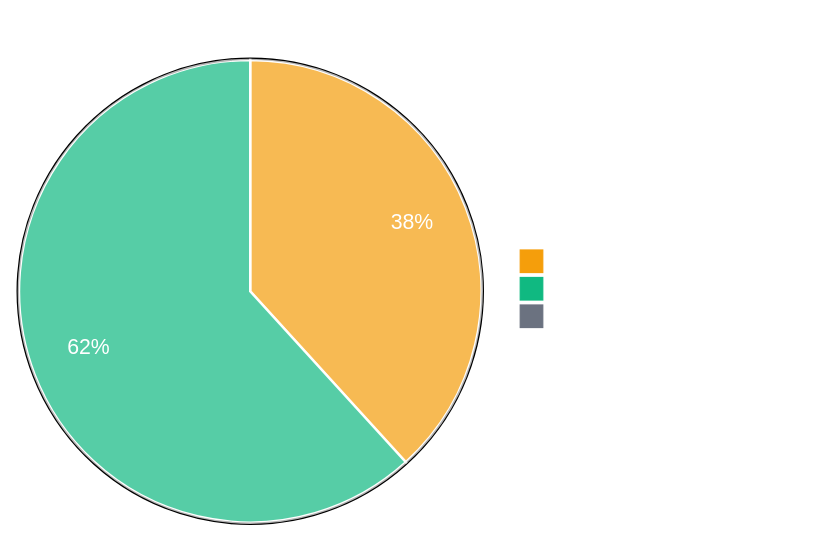
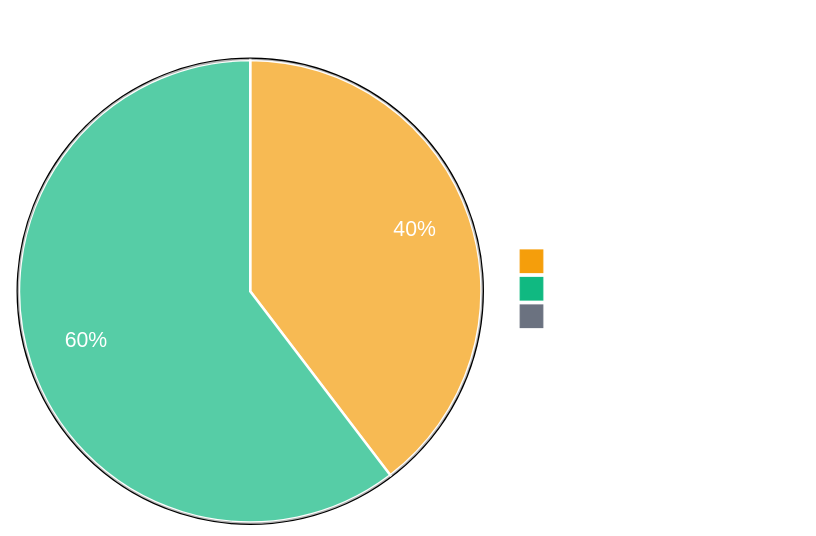
One commit to synthotec/synthotec.github.io changed the first of 4 diagrams in Documentation/SynthoTec-4D/Overview.md. Above: the diagram before and after it, drawn with Mermaid. The commit also changed other lines of this file and 164 other files, not shown here.

````diff
--- a/Documentation/SynthoTec-4D/Overview.md
+++ b/Documentation/SynthoTec-4D/Overview.md
@@ -18,7 +18,7 @@
 ```mermaid
 %%{init: {'theme':'base', 'themeVariables': {'pieStrokeColor': '#ffffff', 'pieStrokeWidth': '2px', 'primaryColor': '#f59e0b', 'primaryTextColor': '#fff', 'primaryBorderColor': '#000', 'secondaryColor': '#10b981', 'secondaryTextColor': '#fff', 'secondaryBorderColor': '#000', 'tertiaryColor': '#6b7280', 'tertiaryTextColor': '#fff', 'tertiaryBorderColor': '#000'}}}%%
 pie showData title Documentation Completion Status
-    "Fully Documented" : 166
+    "Fully Documented" : 176
     "Partially Documented" : 268
     "Not Started" : 0
 ```
````
